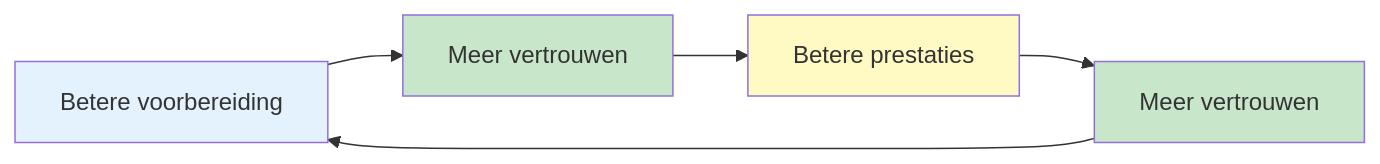
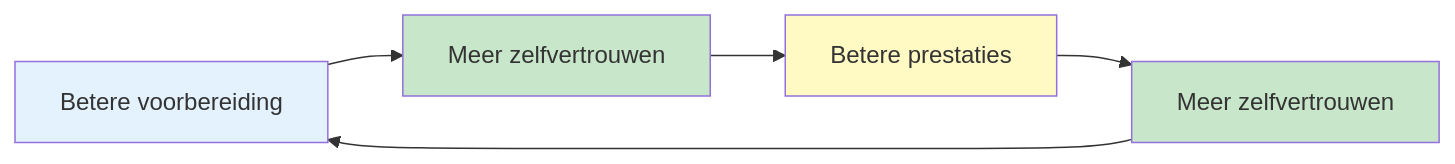
Before and after one commit to patwii/petanque-academy: the second of 2 diagrams in docs/nl/education/mental-strength/index.md, drawn with Mermaid. The commit also changed other lines of this file and 532 other files, not shown here.

````diff
--- a/docs/nl/education/mental-strength/index.md
+++ b/docs/nl/education/mental-strength/index.md
@@ -137,12 +137,12 @@
 ```mermaid
 graph LR
-    A[Betere voorbereiding] --> B[Meer vertrouwen]
+    A[Betere voorbereiding] --> B[Meer zelfvertrouwen]
     B --> C[Betere prestaties]
-    C --> D[Meer vertrouwen]
+    C --> D[Meer zelfvertrouwen]
     D --> A
 
     style A fill:#e3f2fd
     style B fill:#c8e6c9
     style C fill:#fff9c4
     style D fill:#c8e6c9
 ```
````
